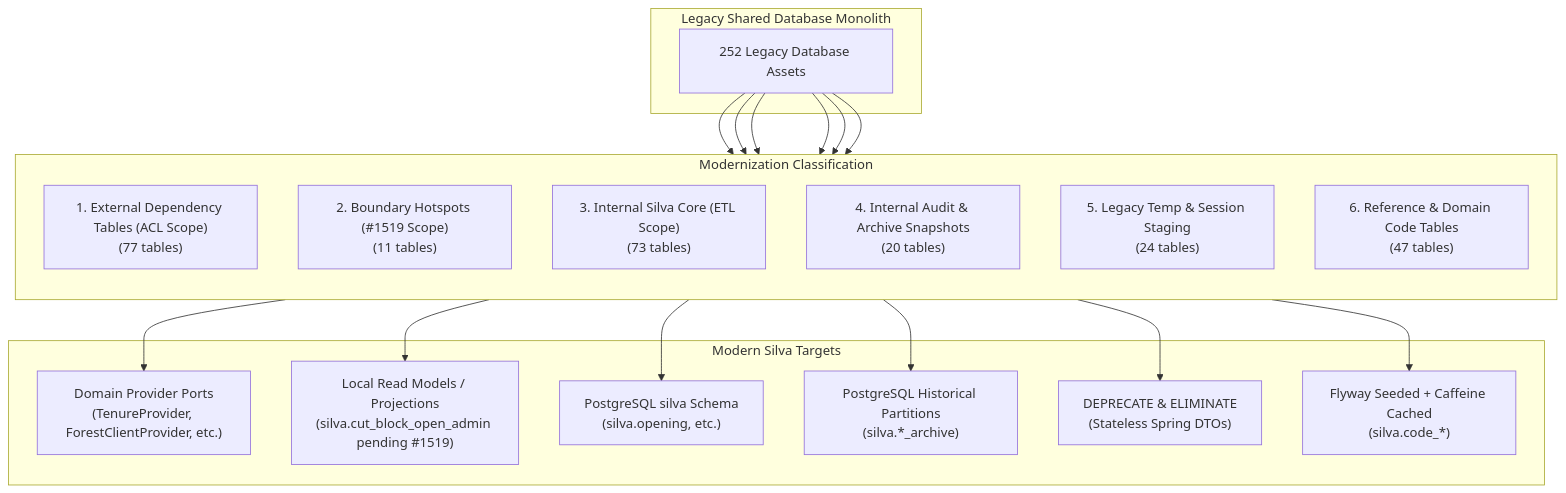
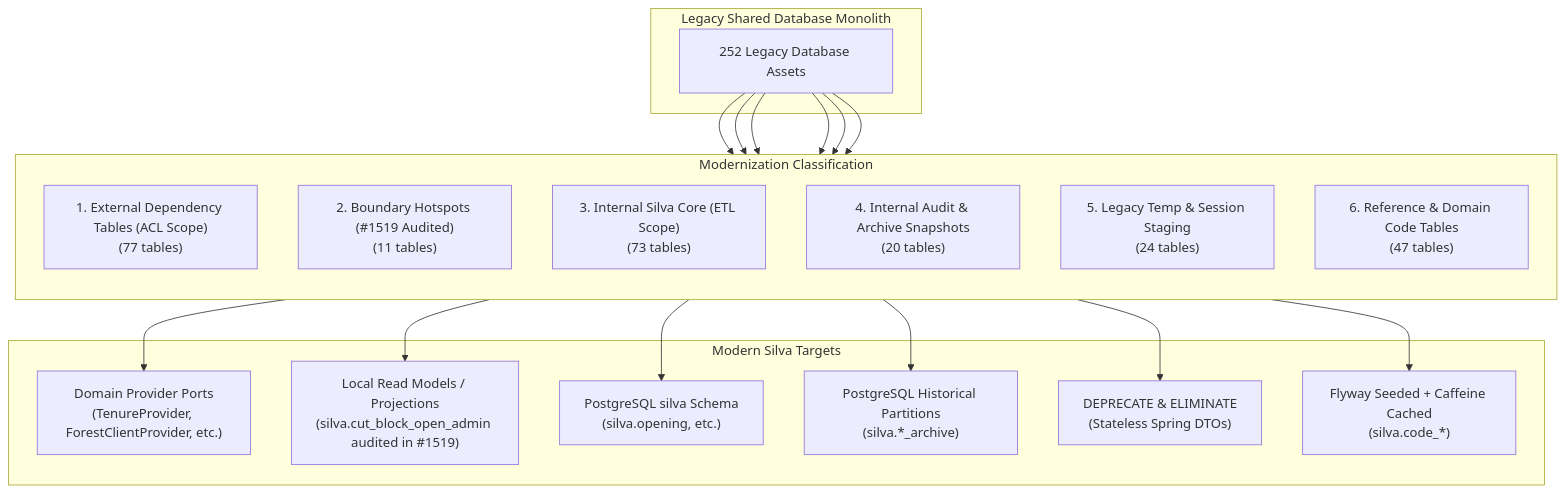
The first of 2 diagrams in docs/architecture/data-integration-matrix.md (bcgov/nr-silva), drawn with Mermaid before and after one commit. The commit also changed other lines of this file, not shown here.

````diff
--- a/docs/architecture/data-integration-matrix.md
+++ b/docs/architecture/data-integration-matrix.md
@@ -22,32 +22,32 @@
 ```mermaid
 flowchart TD
     subgraph Monolith ["Legacy Shared Database Monolith"]
         Tables["252 Legacy Database Assets"]
     end
 
     subgraph Scopes ["Modernization Classification"]
         direction TB
         ACL["1. External Dependency Tables (ACL Scope)<br/>(77 tables)"]
-        Boundary["2. Boundary Hotspots (#1519 Scope)<br/>(11 tables)"]
+        Boundary["2. Boundary Hotspots (#1519 Audited)<br/>(11 tables)"]
         Core["3. Internal Silva Core (ETL Scope)<br/>(73 tables)"]
         Archive["4. Internal Audit & Archive Snapshots<br/>(20 tables)"]
         Temp["5. Legacy Temp & Session Staging<br/>(24 tables)"]
         Codes["6. Reference & Domain Code Tables<br/>(47 tables)"]
     end
 
     subgraph Targets ["Modern Silva Targets"]
         Ports["Domain Provider Ports<br/>(TenureProvider, ForestClientProvider, etc.)"]
-        CQRS["Local Read Models / Projections<br/>(silva.cut_block_open_admin pending #1519)"]
+        CQRS["Local Read Models / Projections<br/>(silva.cut_block_open_admin audited in #1519)"]
         PostgresCore["PostgreSQL silva Schema<br/>(silva.opening, etc.)"]
         ColdStorage["PostgreSQL Historical Partitions<br/>(silva.*_archive)"]
         Deprecate["DEPRECATE & ELIMINATE<br/>(Stateless Spring DTOs)"]
         Flyway["Flyway Seeded + Caffeine Cached<br/>(silva.code_*)"]
     end
 
     Tables --> ACL --> Ports
     Tables --> Boundary --> CQRS
     Tables --> Core --> PostgresCore
     Tables --> Archive --> ColdStorage
     Tables --> Temp --> Deprecate
     Tables --> Codes --> Flyway
 ```
````
